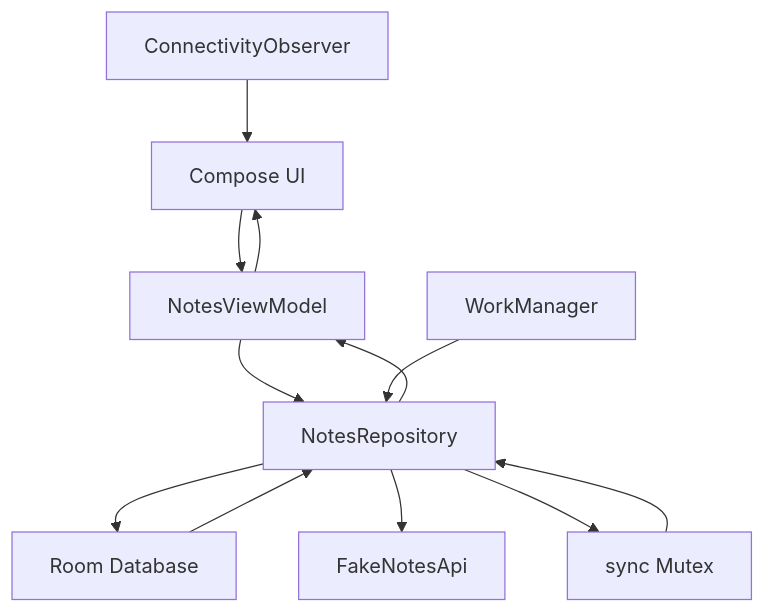
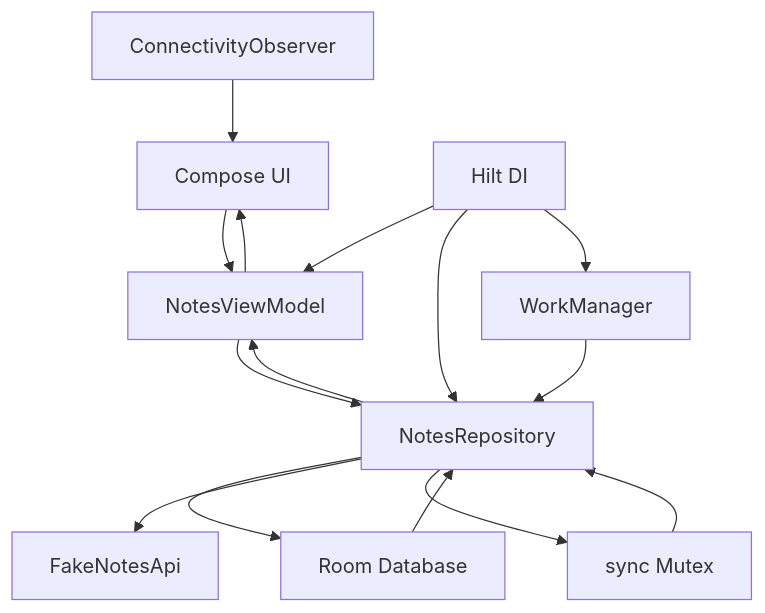
Before and after one commit to venkata-ram/FieldNotes-OfflineFirstSystemDesign: the diagram in README.md, drawn with Mermaid. The commit also changed other lines of this file and 20 other files, not shown here.

````diff
--- a/README.md
+++ b/README.md
@@ -29,14 +30,17 @@
 ```mermaid
 flowchart TD
     UI["Compose UI"] --> VM["NotesViewModel"]
+    Hilt["Hilt DI"] --> VM
+    Hilt --> Repo
+    Hilt --> Work
     VM --> Repo["NotesRepository"]
     Repo --> DB["Room Database"]
     Repo --> API["FakeNotesApi"]
     Work["WorkManager"] --> Repo
     Conn["ConnectivityObserver"] --> UI
     Repo --> Mutex["sync Mutex"]
     Mutex --> Repo
     DB --> Repo
     Repo --> VM
     VM --> UI
 ```
````
